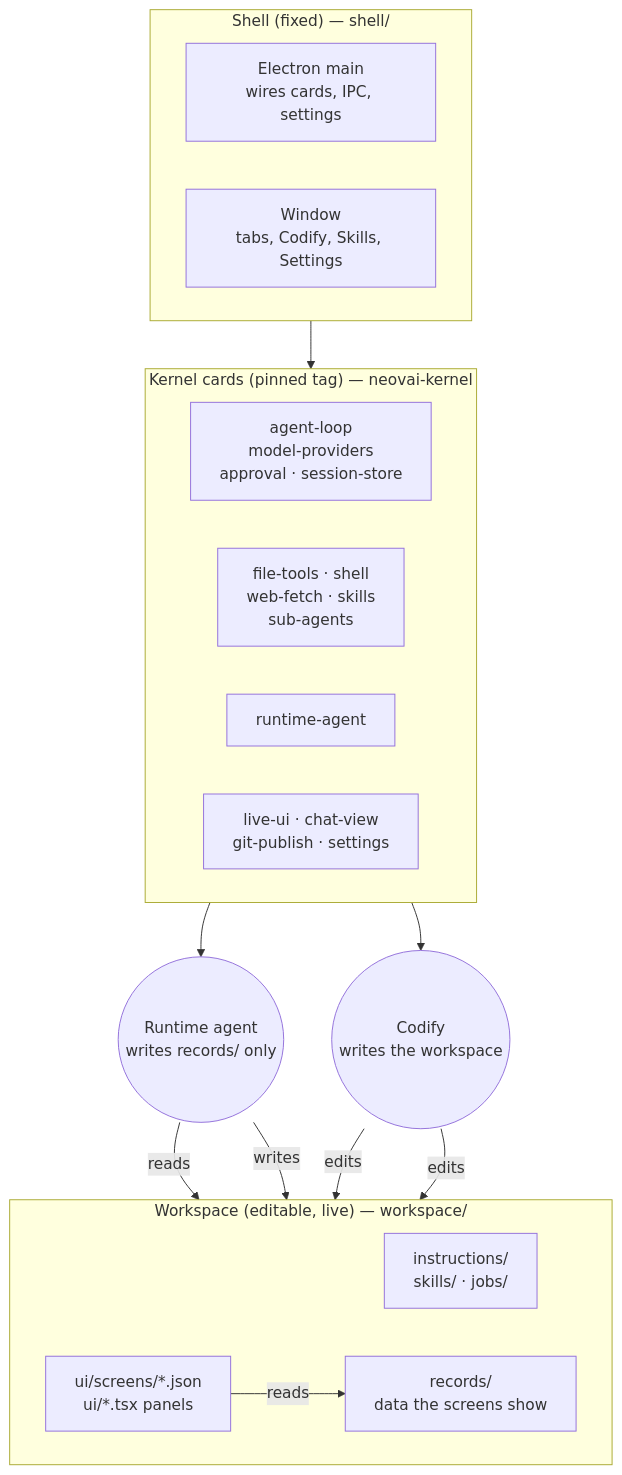
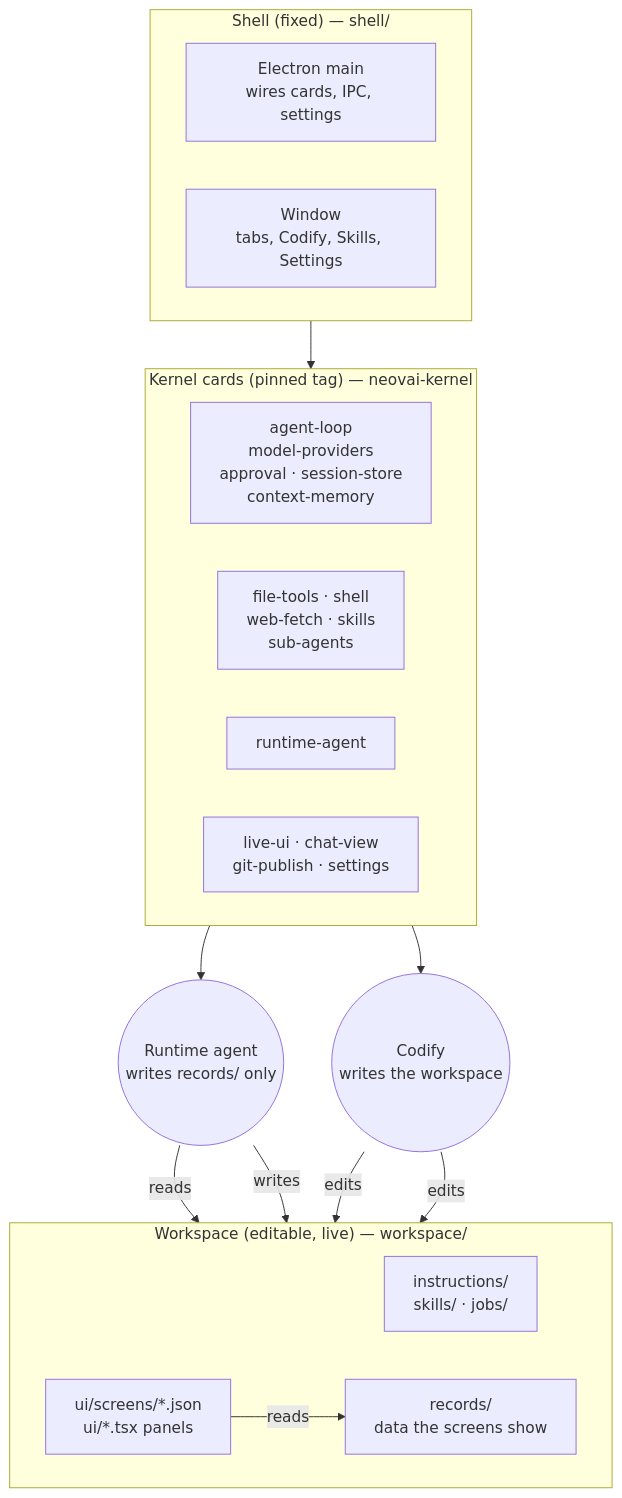
One commit to careychou/neovai-investor changed the first of 5 diagrams in README.md. Above: the diagram before and after it, drawn with Mermaid. The commit also changed other lines of this file and 15 other files, not shown here.

First line of the commit message:
0.19.0: kernel v0.21.0 — attachments (PDF, Office), prompt queue, context memory, retry

````diff
--- a/README.md
+++ b/README.md
@@ -26,29 +26,29 @@
 ```mermaid
 flowchart TB
   subgraph SHELL["Shell (fixed) — shell/"]
     direction LR
     MAIN["Electron main<br/>wires cards, IPC, settings"]
     WIN["Window<br/>tabs, Codify, Skills, Settings"]
   end
   subgraph KERNEL["Kernel cards (pinned tag) — neovai-kernel"]
     direction LR
-    LOOP["agent-loop<br/>model-providers<br/>approval · session-store"]
+    LOOP["agent-loop<br/>model-providers<br/>approval · session-store<br/>context-memory"]
     TOOLS["file-tools · shell<br/>web-fetch · skills<br/>sub-agents"]
     RUNC["runtime-agent"]
     UIC["live-ui · chat-view<br/>git-publish · settings"]
   end
   subgraph WS["Workspace (editable, live) — workspace/"]
     direction LR
     INS["instructions/<br/>skills/ · jobs/"]
     UIW["ui/screens/*.json<br/>ui/*.tsx panels"]
     REC["records/<br/>data the screens show"]
   end
   RA(("Runtime agent<br/>writes records/ only"))
   CA(("Codify<br/>writes the workspace"))
   SHELL --> KERNEL
   KERNEL --> RA & CA
   RA -- reads --> INS
   RA -- writes --> REC
   CA -- edits --> INS & UIW
   UIW -- reads --> REC
 ```
````
